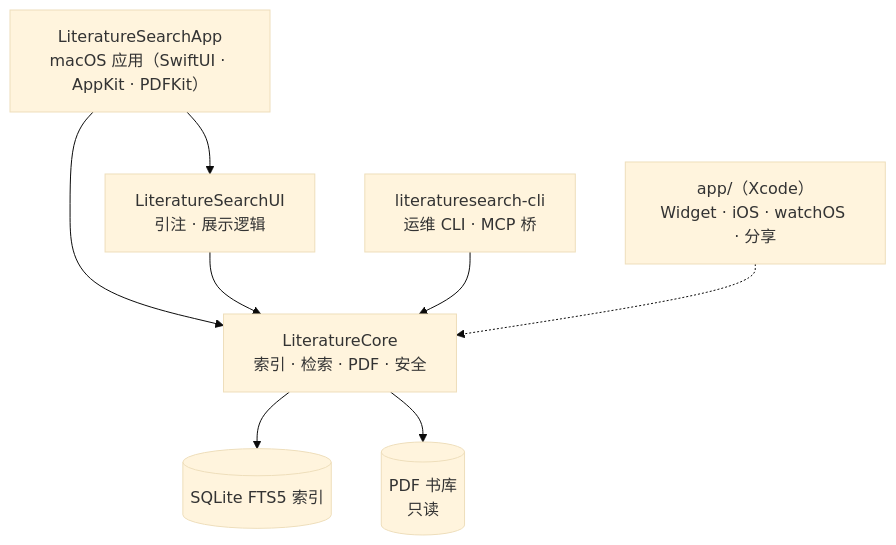
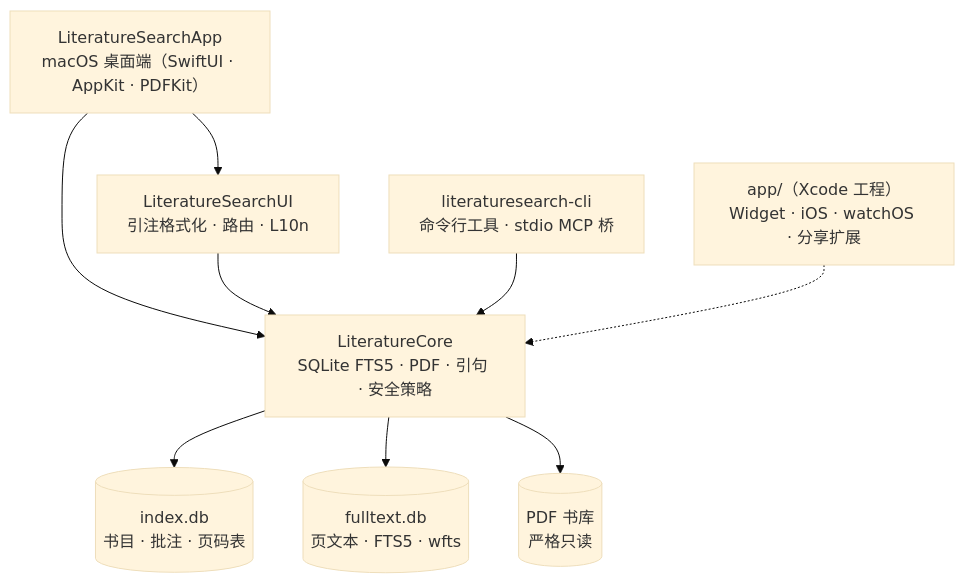
One commit to liangsiweiethan-wq/pincite changed the diagram in README.zh-CN.md. Above: the diagram before and after it, drawn with Mermaid (base theme). The commit also changed other lines of this file and 27 other files, not shown here.

````diff
--- a/README.zh-CN.md
+++ b/README.zh-CN.md
@@ -84,10 +88,11 @@
 ```mermaid
 flowchart TD
-  App["LiteratureSearchApp<br/>macOS 应用（SwiftUI · AppKit · PDFKit）"] --> UI["LiteratureSearchUI<br/>引注 · 展示逻辑"]
+  App["LiteratureSearchApp<br/>macOS 桌面端（SwiftUI · AppKit · PDFKit）"] --> UI["LiteratureSearchUI<br/>引注格式化 · 路由 · L10n"]
   App --> Core
-  UI --> Core["LiteratureCore<br/>索引 · 检索 · PDF · 安全"]
-  CLI["literaturesearch-cli<br/>运维 CLI · MCP 桥"] --> Core
-  Xcode["app/（Xcode）<br/>Widget · iOS · watchOS · 分享"] -.-> Core
-  Core --> DB[("SQLite FTS5 索引")]
-  Core --> PDFs[("PDF 书库<br/>只读")]
+  UI --> Core["LiteratureCore<br/>SQLite FTS5 · PDF · 引句 · 安全策略"]
+  CLI["literaturesearch-cli<br/>命令行工具 · stdio MCP 桥"] --> Core
+  Xcode["app/（Xcode 工程）<br/>Widget · iOS · watchOS · 分享扩展"] -.-> Core
+  Core --> MetaDB[("index.db<br/>书目 · 批注 · 页码表")]
+  Core --> FullDB[("fulltext.db<br/>页文本 · FTS5 · wfts")]
+  Core --> PDFs[("PDF 书库<br/>严格只读")]
 ```
````
